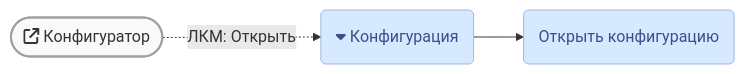
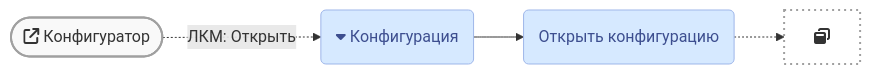
Before and after one commit to lugovoe/manual: the second of 3 diagrams in faq/crash/main-white-window.md, drawn with Mermaid.

````diff
--- a/faq/crash/main-white-window.md
+++ b/faq/crash/main-white-window.md
@@ -35,11 +35,13 @@
 ``` mermaid
 graph LR
   %% https://mermaid-js.github.io/mermaid-live-editor/
   %% https://fontawesome.ru/all-icons/
   b1([fa:fa-external-link Конфигуратор]) -.-> |ЛКМ: Открыть| m1
   m1(fa:fa-caret-down Конфигурация) --> m2
-  m2(Открыть конфигурацию)
+  m2(Открыть конфигурацию) -.-> e0
+  e0[fa:fa-window-restore]
   style b1 fill:#f9f9f9,stroke:#a0a0a0,stroke-width:2px
+  style e0 fill:#fff,stroke:#a0a0a0,stroke-width:2px,stroke-dasharray:2 4
   classDef confmenu fill:#d6e9ff,stroke:#9eb6e9,stroke-width:1px,color:#3d4e8f
   class m1,m2 confmenu
 ```
````
